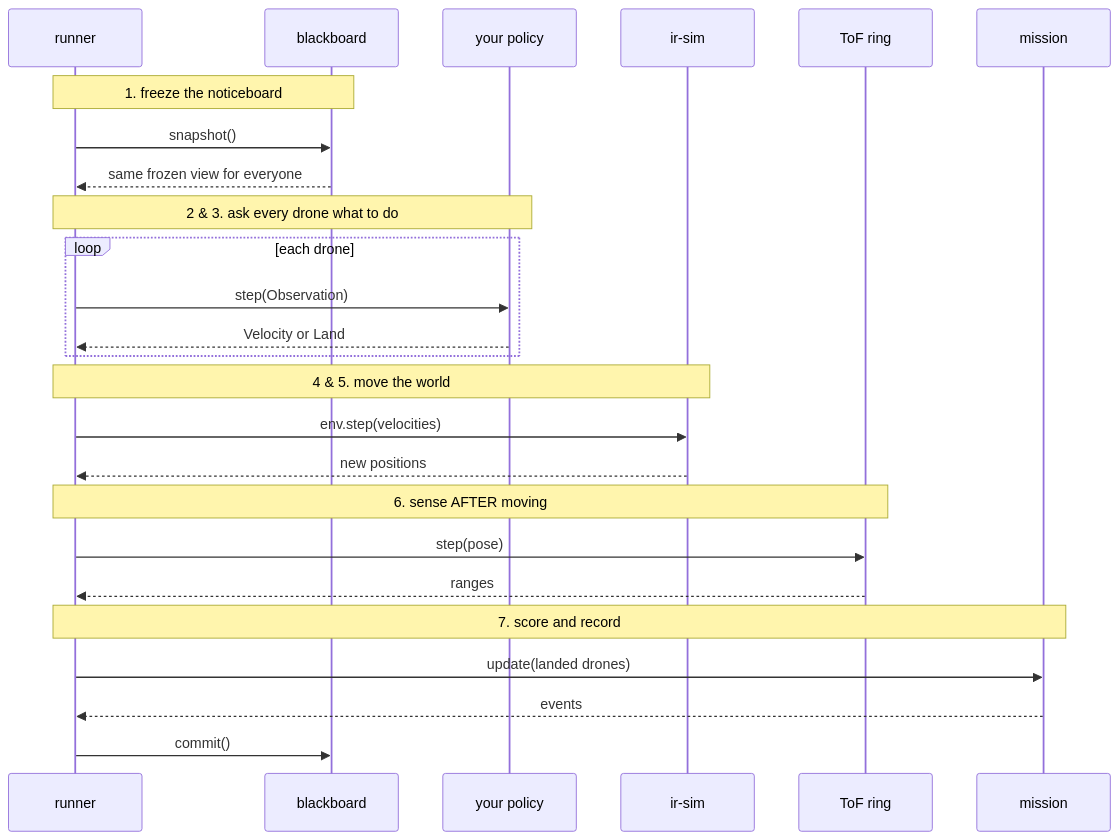
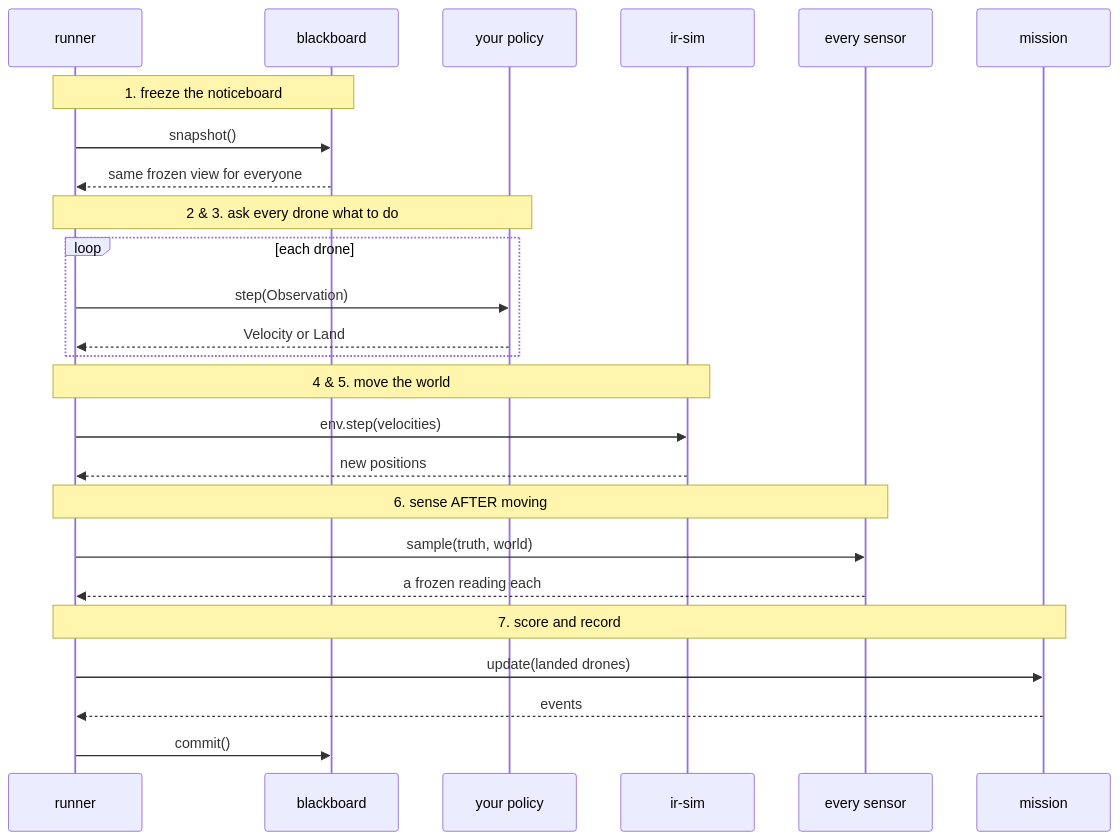
Before and after one commit to nus-safmc/safmc-ir-sim: the third of 4 diagrams in ARCHITECTURE.md, drawn with Mermaid. The commit also changed other lines of this file and 29 other files, not shown here.

````diff
--- a/ARCHITECTURE.md
+++ b/ARCHITECTURE.md
@@ -155,32 +166,32 @@
 ```mermaid
 sequenceDiagram
     participant R as runner
     participant B as blackboard
     participant P as your policy
     participant S as ir-sim
-    participant SEN as ToF ring
+    participant SEN as every sensor
     participant M as mission
 
     Note over R,B: 1. freeze the noticeboard
     R->>B: snapshot()
     B-->>R: same frozen view for everyone
 
     Note over R,P: 2 & 3. ask every drone what to do
     loop each drone
         R->>P: step(Observation)
         P-->>R: Velocity or Land
     end
 
     Note over R,S: 4 & 5. move the world
     R->>S: env.step(velocities)
     S-->>R: new positions
 
     Note over R,SEN: 6. sense AFTER moving
-    R->>SEN: step(pose)
-    SEN-->>R: ranges
+    R->>SEN: sample(truth, world)
+    SEN-->>R: a frozen reading each
 
     Note over R,M: 7. score and record
     R->>M: update(landed drones)
     M-->>R: events
     R->>B: commit()
 ```
````
